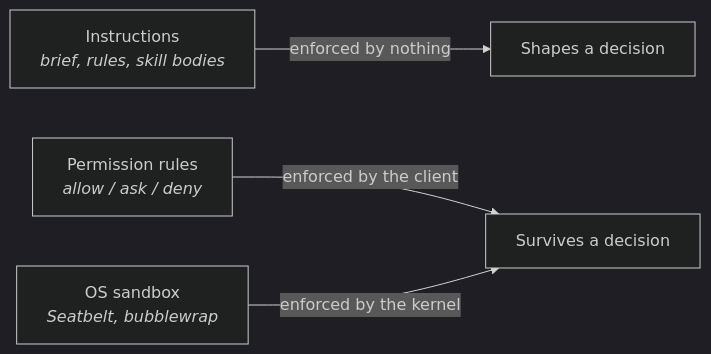
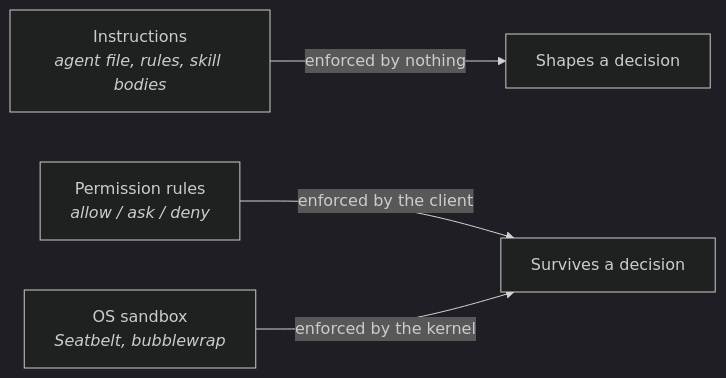
The diagram in book/part-2-plays/harness/choose-your-harness.md (epatel/agentic-playbook), drawn with Mermaid (dark theme) before and after one commit. The commit also changed other lines of this file and 39 other files, not shown here.

````diff
--- a/book/part-2-plays/harness/choose-your-harness.md
+++ b/book/part-2-plays/harness/choose-your-harness.md
@@ -42,6 +42,6 @@
 ```mermaid
 graph LR
-    A["Instructions<br/><i>brief, rules, skill bodies</i>"] -->|"enforced by nothing"| M["Shapes a decision"]
+    A["Instructions<br/><i>agent file, rules, skill bodies</i>"] -->|"enforced by nothing"| M["Shapes a decision"]
     B["Permission rules<br/><i>allow / ask / deny</i>"] -->|"enforced by the client"| C["Survives a decision"]
     D["OS sandbox<br/><i>Seatbelt, bubblewrap</i>"] -->|"enforced by the kernel"| C
 ```
````
